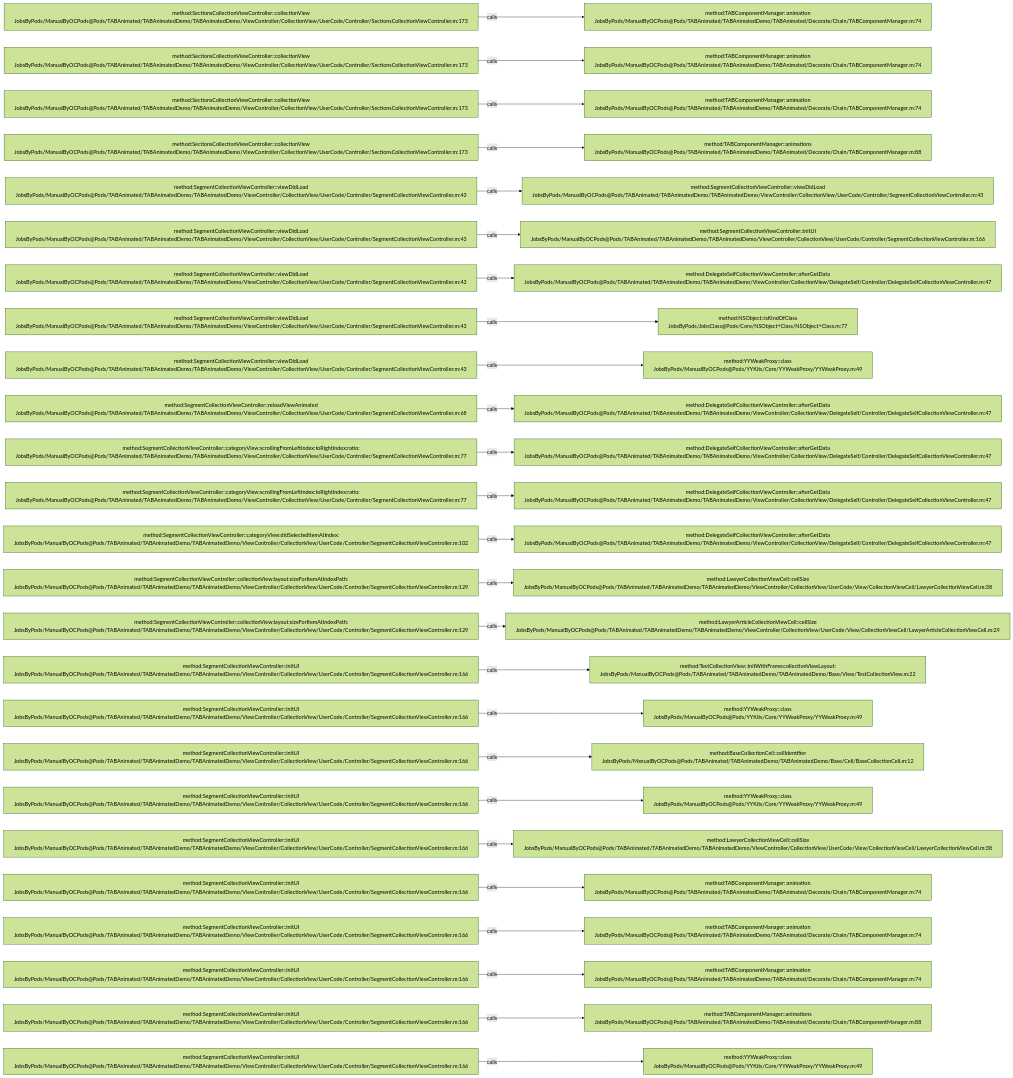
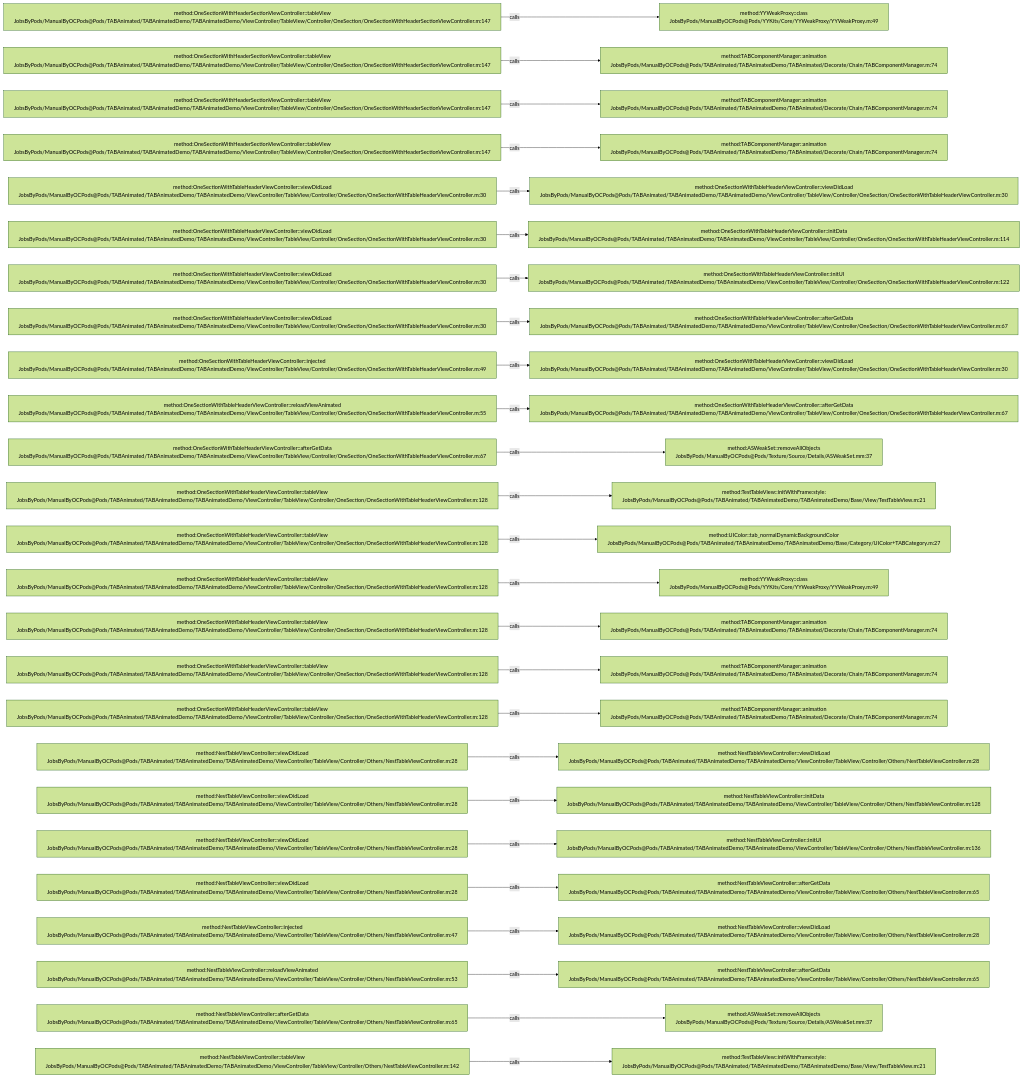
Before and after one commit to JobsKits/JobsOCBaseConfigDemo: the diagram in .codegraph/codegraph.md/graphs/calls-059.md, drawn with Mermaid (forest theme). The commit also changed 1223 other files, not shown here.

````diff
--- a/.codegraph/codegraph.md/graphs/calls-059.md
+++ b/.codegraph/codegraph.md/graphs/calls-059.md
@@ -13,78 +13,78 @@
 ```mermaid
 flowchart LR
-  S1["method:SectionsCollectionViewController::collectionView<br/>JobsByPods/ManualByOCPods@Pods/TABAnimated/TABAnimatedDemo/TABAnimatedDemo/ViewController/CollectionView/UserCode/Controller/SectionsCollectionViewController.m:173"]
-  T1["method:TABComponentManager::animation<br/>JobsByPods/ManualByOCPods@Pods/TABAnimated/TABAnimatedDemo/TABAnimated/Decorate/Chain/TABComponentManager.m:74"]
+  S1["method:OneSectionWithHeaderSectionViewController::tableView<br/>JobsByPods/ManualByOCPods@Pods/TABAnimated/TABAnimatedDemo/TABAnimatedDemo/ViewController/TableView/Controller/OneSection/OneSectionWithHeaderSectionViewController.m:147"]
+  T1["method:YYWeakProxy::class<br/>JobsByPods/ManualByOCPods@Pods/YYKits/Core/YYWeakProxy/YYWeakProxy.m:49"]
   S1 -->|calls| T1
-  S2["method:SectionsCollectionViewController::collectionView<br/>JobsByPods/ManualByOCPods@Pods/TABAnimated/TABAnimatedDemo/TABAnimatedDemo/ViewController/CollectionView/UserCode/Controller/SectionsCollectionViewController.m:173"]
+  S2["method:OneSectionWithHeaderSectionViewController::tableView<br/>JobsByPods/ManualByOCPods@Pods/TABAnimated/TABAnimatedDemo/TABAnimatedDemo/ViewController/TableView/Controller/OneSection/OneSectionWithHeaderSectionViewController.m:147"]
   T2["method:TABComponentManager::animation<br/>JobsByPods/ManualByOCPods@Pods/TABAnimated/TABAnimatedDemo/TABAnimated/Decorate/Chain/TABComponentManager.m:74"]
   S2 -->|calls| T2
-  S3["method:SectionsCollectionViewController::collectionView<br/>JobsByPods/ManualByOCPods@Pods/TABAnimated/TABAnimatedDemo/TABAnimatedDemo/ViewController/CollectionView/UserCode/Controller/SectionsCollectionViewController.m:173"]
+  S3["method:OneSectionWithHeaderSectionViewController::tableView<br/>JobsByPods/ManualByOCPods@Pods/TABAnimated/TABAnimatedDemo/TABAnimatedDemo/ViewController/TableView/Controller/OneSection/OneSectionWithHeaderSectionViewController.m:147"]
   T3["method:TABComponentManager::animation<br/>JobsByPods/ManualByOCPods@Pods/TABAnimated/TABAnimatedDemo/TABAnimated/Decorate/Chain/TABComponentManager.m:74"]
   S3 -->|calls| T3
-  S4["method:SectionsCollectionViewController::collectionView<br/>JobsByPods/ManualByOCPods@Pods/TABAnimated/TABAnimatedDemo/TABAnimatedDemo/ViewController/CollectionView/UserCode/Controller/SectionsCollectionViewController.m:173"]
-  T4["method:TABComponentManager::animations<br/>JobsByPods/ManualByOCPods@Pods/TABAnimated/TABAnimatedDemo/TABAnimated/Decorate/Chain/TABComponentManager.m:88"]
+  S4["method:OneSectionWithHeaderSectionViewController::tableView<br/>JobsByPods/ManualByOCPods@Pods/TABAnimated/TABAnimatedDemo/TABAnimatedDemo/ViewController/TableView/Controller/OneSection/OneSectionWithHeaderSectionViewController.m:147"]
+  T4["method:TABComponentManager::animation<br/>JobsByPods/ManualByOCPods@Pods/TABAnimated/TABAnimatedDemo/TABAnimated/Decorate/Chain/TABComponentManager.m:74"]
   S4 -->|calls| T4
-  S5["method:SegmentCollectionViewController::viewDidLoad<br/>JobsByPods/ManualByOCPods@Pods/TABAnimated/TABAnimatedDemo/TABAnimatedDemo/ViewController/CollectionView/UserCode/Controller/SegmentCollectionViewController.m:43"]
-  T5["method:SegmentCollectionViewController::viewDidLoad<br/>JobsByPods/ManualByOCPods@Pods/TABAnimated/TABAnimatedDemo/TABAnimatedDemo/ViewController/CollectionView/UserCode/Controller/SegmentCollectionViewController.m:43"]
+  S5["method:OneSectionWithTableHeaderViewController::viewDidLoad<br/>JobsByPods/ManualByOCPods@Pods/TABAnimated/TABAnimatedDemo/TABAnimatedDemo/ViewController/TableView/Controller/OneSection/OneSectionWithTableHeaderViewController.m:30"]
+  T5["method:OneSectionWithTableHeaderViewController::viewDidLoad<br/>JobsByPods/ManualByOCPods@Pods/TABAnimated/TABAnimatedDemo/TABAnimatedDemo/ViewController/TableView/Controller/OneSection/OneSectionWithTableHeaderViewController.m:30"]
   S5 -->|calls| T5
-  S6["method:SegmentCollectionViewController::viewDidLoad<br/>JobsByPods/ManualByOCPods@Pods/TABAnimated/TABAnimatedDemo/TABAnimatedDemo/ViewController/CollectionView/UserCode/Controller/SegmentCollectionViewController.m:43"]
-  T6["method:SegmentCollectionViewController::initUI<br/>JobsByPods/ManualByOCPods@Pods/TABAnimated/TABAnimatedDemo/TABAnimatedDemo/ViewController/CollectionView/UserCode/Controller/SegmentCollectionViewController.m:166"]
+  S6["method:OneSectionWithTableHeaderViewController::viewDidLoad<br/>JobsByPods/ManualByOCPods@Pods/TABAnimated/TABAnimatedDemo/TABAnimatedDemo/ViewController/TableView/Controller/OneSection/OneSectionWithTableHeaderViewController.m:30"]
+  T6["method:OneSectionWithTableHeaderViewController::initData<br/>JobsByPods/ManualByOCPods@Pods/TABAnimated/TABAnimatedDemo/TABAnimatedDemo/ViewController/TableView/Controller/OneSection/OneSectionWithTableHeaderViewController.m:114"]
   S6 -->|calls| T6
-  S7["method:SegmentCollectionViewController::viewDidLoad<br/>JobsByPods/ManualByOCPods@Pods/TABAnimated/TABAnimatedDemo/TABAnimatedDemo/ViewController/CollectionView/UserCode/Controller/SegmentCollectionViewController.m:43"]
-  T7["method:DelegateSelfCollectionViewController::afterGetData<br/>JobsByPods/ManualByOCPods@Pods/TABAnimated/TABAnimatedDemo/TABAnimatedDemo/ViewController/CollectionView/DelegateSelf/Controller/DelegateSelfCollectionViewController.m:47"]
+  S7["method:OneSectionWithTableHeaderViewController::viewDidLoad<br/>JobsByPods/ManualByOCPods@Pods/TABAnimated/TABAnimatedDemo/TABAnimatedDemo/ViewController/TableView/Controller/OneSection/OneSectionWithTableHeaderViewController.m:30"]
+  T7["method:OneSectionWithTableHeaderViewController::initUI<br/>JobsByPods/ManualByOCPods@Pods/TABAnimated/TABAnimatedDemo/TABAnimatedDemo/ViewController/TableView/Controller/OneSection/OneSectionWithTableHeaderViewController.m:122"]
   S7 -->|calls| T7
-  S8["method:SegmentCollectionViewController::viewDidLoad<br/>JobsByPods/ManualByOCPods@Pods/TABAnimated/TABAnimatedDemo/TABAnimatedDemo/ViewController/CollectionView/UserCode/Controller/SegmentCollectionViewController.m:43"]
-  T8["method:NSObject::isKindOfClass<br/>JobsByPods/JobsClass@Pods/Core/NSObject+Class/NSObject+Class.m:77"]
+  S8["method:OneSectionWithTableHeaderViewController::viewDidLoad<br/>JobsByPods/ManualByOCPods@Pods/TABAnimated/TABAnimatedDemo/TABAnimatedDemo/ViewController/TableView/Controller/OneSection/OneSectionWithTableHeaderViewController.m:30"]
+  T8["method:OneSectionWithTableHeaderViewController::afterGetData<br/>JobsByPods/ManualByOCPods@Pods/TABAnimated/TABAnimatedDemo/TABAnimatedDemo/ViewController/TableView/Controller/OneSection/OneSectionWithTableHeaderViewController.m:67"]
   S8 -->|calls| T8
-  S9["method:SegmentCollectionViewController::viewDidLoad<br/>JobsByPods/ManualByOCPods@Pods/TABAnimated/TABAnimatedDemo/TABAnimatedDemo/ViewController/CollectionView/UserCode/Controller/SegmentCollectionViewController.m:43"]
-  T9["method:YYWeakProxy::class<br/>JobsByPods/ManualByOCPods@Pods/YYKits/Core/YYWeakProxy/YYWeakProxy.m:49"]
+  S9["method:OneSectionWithTableHeaderViewController::injected<br/>JobsByPods/ManualByOCPods@Pods/TABAnimated/TABAnimatedDemo/TABAnimatedDemo/ViewController/TableView/Controller/OneSection/OneSectionWithTableHeaderViewController.m:49"]
+  T9["method:OneSectionWithTableHeaderViewController::viewDidLoad<br/>JobsByPods/ManualByOCPods@Pods/TABAnimated/TABAnimatedDemo/TABAnimatedDemo/ViewController/TableView/Controller/OneSection/OneSectionWithTableHeaderViewController.m:30"]
   S9 -->|calls| T9
-  S10["method:SegmentCollectionViewController::reloadViewAnimated<br/>JobsByPods/ManualByOCPods@Pods/TABAnimated/TABAnimatedDemo/TABAnimatedDemo/ViewController/CollectionView/UserCode/Controller/SegmentCollectionViewController.m:68"]
-  T10["method:DelegateSelfCollectionViewController::afterGetData<br/>JobsByPods/ManualByOCPods@Pods/TABAnimated/TABAnimatedDemo/TABAnimatedDemo/ViewController/CollectionView/DelegateSelf/Controller/DelegateSelfCollectionViewController.m:47"]
+  S10["method:OneSectionWithTableHeaderViewController::reloadViewAnimated<br/>JobsByPods/ManualByOCPods@Pods/TABAnimated/TABAnimatedDemo/TABAnimatedDemo/ViewController/TableView/Controller/OneSection/OneSectionWithTableHeaderViewController.m:55"]
+  T10["method:OneSectionWithTableHeaderViewController::afterGetData<br/>JobsByPods/ManualByOCPods@Pods/TABAnimated/TABAnimatedDemo/TABAnimatedDemo/ViewController/TableView/Controller/OneSection/OneSectionWithTableHeaderViewController.m:67"]
   S10 -->|calls| T10
-  S11["method:SegmentCollectionViewController::categoryView:scrollingFromLeftIndex:toRightIndex:ratio:<br/>JobsByPods/ManualByOCPods@Pods/TABAnimated/TABAnimatedDemo/TABAnimatedDemo/ViewController/CollectionView/UserCode/Controller/SegmentCollectionViewController.m:77"]
-  T11["method:DelegateSelfCollectionViewController::afterGetData<br/>JobsByPods/ManualByOCPods@Pods/TABAnimated/TABAnimatedDemo/TABAnimatedDemo/ViewController/CollectionView/DelegateSelf/Controller/DelegateSelfCollectionViewController.m:47"]
+  S11["method:OneSectionWithTableHeaderViewController::afterGetData<br/>JobsByPods/ManualByOCPods@Pods/TABAnimated/TABAnimatedDemo/TABAnimatedDemo/ViewController/TableView/Controller/OneSection/OneSectionWithTableHeaderViewController.m:67"]
+  T11["method:ASWeakSet::removeAllObjects<br/>JobsByPods/ManualByOCPods@Pods/Texture/Source/Details/ASWeakSet.mm:37"]
   S11 -->|calls| T11
-  S12["method:SegmentCollectionViewController::categoryView:scrollingFromLeftIndex:toRightIndex:ratio:<br/>JobsByPods/ManualByOCPods@Pods/TABAnimated/TABAnimatedDemo/TABAnimatedDemo/ViewController/CollectionView/UserCode/Controller/SegmentCollectionViewController.m:77"]
-  T12["method:DelegateSelfCollectionViewController::afterGetData<br/>JobsByPods/ManualByOCPods@Pods/TABAnimated/TABAnimatedDemo/TABAnimatedDemo/ViewController/CollectionView/DelegateSelf/Controller/DelegateSelfCollectionViewController.m:47"]
+  S12["method:OneSectionWithTableHeaderViewController::tableView<br/>JobsByPods/ManualByOCPods@Pods/TABAnimated/TABAnimatedDemo/TABAnimatedDemo/ViewController/TableView/Controller/OneSection/OneSectionWithTableHeaderViewController.m:128"]
+  T12["method:TestTableView::initWithFrame:style:<br/>JobsByPods/ManualByOCPods@Pods/TABAnimated/TABAnimatedDemo/TABAnimatedDemo/Base/View/TestTableView.m:21"]
   S12 -->|calls| T12
-  S13["method:SegmentCollectionViewController::categoryView:didSelectedItemAtIndex:<br/>JobsByPods/ManualByOCPods@Pods/TABAnimated/TABAnimatedDemo/TABAnimatedDemo/ViewController/CollectionView/UserCode/Controller/SegmentCollectionViewController.m:102"]
-  T13["method:DelegateSelfCollectionViewController::afterGetData<br/>JobsByPods/ManualByOCPods@Pods/TABAnimated/TABAnimatedDemo/TABAnimatedDemo/ViewController/CollectionView/DelegateSelf/Controller/DelegateSelfCollectionViewController.m:47"]
+  S13["method:OneSectionWithTableHeaderViewController::tableView<br/>JobsByPods/ManualByOCPods@Pods/TABAnimated/TABAnimatedDemo/TABAnimatedDemo/ViewController/TableView/Controller/OneSection/OneSectionWithTableHeaderViewController.m:128"]
+  T13["method:UIColor::tab_normalDynamicBackgroundColor<br/>JobsByPods/ManualByOCPods@Pods/TABAnimated/TABAnimatedDemo/TABAnimatedDemo/Base/Category/UIColor+TABCategory.m:27"]
   S13 -->|calls| T13
-  S14["method:SegmentCollectionViewController::collectionView:layout:sizeForItemAtIndexPath:<br/>JobsByPods/ManualByOCPods@Pods/TABAnimated/TABAnimatedDemo/TABAnimatedDemo/ViewController/CollectionView/UserCode/Controller/SegmentCollectionViewController.m:129"]
-  T14["method:LawyerCollectionViewCell::cellSize<br/>JobsByPods/ManualByOCPods@Pods/TABAnimated/TABAnimatedDemo/TABAnimatedDemo/ViewController/CollectionView/UserCode/View/CollectionViewCell/LawyerCollectionViewCell.m:38"]
+  S14["method:OneSectionWithTableHeaderViewController::tableView<br/>JobsByPods/ManualByOCPods@Pods/TABAnimated/TABAnimatedDemo/TABAnimatedDemo/ViewController/TableView/Controller/OneSection/OneSectionWithTableHeaderViewController.m:128"]
+  T14["method:YYWeakProxy::class<br/>JobsByPods/ManualByOCPods@Pods/YYKits/Core/YYWeakProxy/YYWeakProxy.m:49"]
   S14 -->|calls| T14
-  S15["method:SegmentCollectionViewController::collectionView:layout:sizeForItemAtIndexPath:<br/>JobsByPods/ManualByOCPods@Pods/TABAnimated/TABAnimatedDemo/TABAnimatedDemo/ViewController/CollectionView/UserCode/Controller/SegmentCollectionViewController.m:129"]
-  T15["method:LawyerArticleCollectionViewCell::cellSize<br/>JobsByPods/ManualByOCPods@Pods/TABAnimated/TABAnimatedDemo/TABAnimatedDemo/ViewController/CollectionView/UserCode/View/CollectionViewCell/LawyerArticleCollectionViewCell.m:29"]
+  S15["method:OneSectionWithTableHeaderViewController::tableView<br/>JobsByPods/ManualByOCPods@Pods/TABAnimated/TABAnimatedDemo/TABAnimatedDemo/ViewController/TableView/Controller/OneSection/OneSectionWithTableHeaderViewController.m:128"]
+  T15["method:TABComponentManager::animation<br/>JobsByPods/ManualByOCPods@Pods/TABAnimated/TABAnimatedDemo/TABAnimated/Decorate/Chain/TABComponentManager.m:74"]
   S15 -->|calls| T15
-  S16["method:SegmentCollectionViewController::initUI<br/>JobsByPods/ManualByOCPods@Pods/TABAnimated/TABAnimatedDemo/TABAnimatedDemo/ViewController/CollectionView/UserCode/Controller/SegmentCollectionViewController.m:166"]
-  T16["method:TestCollectionView::initWithFrame:collectionViewLayout:<br/>JobsByPods/ManualByOCPods@Pods/TABAnimated/TABAnimatedDemo/TABAnimatedDemo/Base/View/TestCollectionView.m:22"]
+  S16["method:OneSectionWithTableHeaderViewController::tableView<br/>JobsByPods/ManualByOCPods@Pods/TABAnimated/TABAnimatedDemo/TABAnimatedDemo/ViewController/TableView/Controller/OneSection/OneSectionWithTableHeaderViewController.m:128"]
+  T16["method:TABComponentManager::animation<br/>JobsByPods/ManualByOCPods@Pods/TABAnimated/TABAnimatedDemo/TABAnimated/Decorate/Chain/TABComponentManager.m:74"]
   S16 -->|calls| T16
-  S17["method:SegmentCollectionViewController::initUI<br/>JobsByPods/ManualByOCPods@Pods/TABAnimated/TABAnimatedDemo/TABAnimatedDemo/ViewController/CollectionView/UserCode/Controller/SegmentCollectionViewController.m:166"]
-  T17["method:YYWeakProxy::class<br/>JobsByPods/ManualByOCPods@Pods/YYKits/Core/YYWeakProxy/YYWeakProxy.m:49"]
+  S17["method:OneSectionWithTableHeaderViewController::tableView<br/>JobsByPods/ManualByOCPods@Pods/TABAnimated/TABAnimatedDemo/TABAnimatedDemo/ViewController/TableView/Controller/OneSection/OneSectionWithTableHeaderViewController.m:128"]
+  T17["method:TABComponentManager::animation<br/>JobsByPods/ManualByOCPods@Pods/TABAnimated/TABAnimatedDemo/TABAnimated/Decorate/Chain/TABComponentManager.m:74"]
   S17 -->|calls| T17
-  S18["method:SegmentCollectionViewController::initUI<br/>JobsByPods/ManualByOCPods@Pods/TABAnimated/TABAnimatedDemo/TABAnimatedDemo/ViewController/CollectionView/UserCode/Controller/SegmentCollectionViewController.m:166"]
-  T18["method:BaseCollectionCell::cellIdentifier<br/>JobsByPods/ManualByOCPods@Pods/TABAnimated/TABAnimatedDemo/TABAnimatedDemo/Base/Cell/BaseCollectionCell.m:12"]
+  S18["method:NestTableViewController::viewDidLoad<br/>JobsByPods/ManualByOCPods@Pods/TABAnimated/TABAnimatedDemo/TABAnimatedDemo/ViewController/TableView/Controller/Others/NestTableViewController.m:28"]
+  T18["method:NestTableViewController::viewDidLoad<br/>JobsByPods/ManualByOCPods@Pods/TABAnimated/TABAnimatedDemo/TABAnimatedDemo/ViewController/TableView/Controller/Others/NestTableViewController.m:28"]
   S18 -->|calls| T18
-  S19["method:SegmentCollectionViewController::initUI<br/>JobsByPods/ManualByOCPods@Pods/TABAnimated/TABAnimatedDemo/TABAnimatedDemo/ViewController/CollectionView/UserCode/Controller/SegmentCollectionViewController.m:166"]
-  T19["method:YYWeakProxy::class<br/>JobsByPods/ManualByOCPods@Pods/YYKits/Core/YYWeakProxy/YYWeakProxy.m:49"]
+  S19["method:NestTableViewController::viewDidLoad<br/>JobsByPods/ManualByOCPods@Pods/TABAnimated/TABAnimatedDemo/TABAnimatedDemo/ViewController/TableView/Controller/Others/NestTableViewController.m:28"]
+  T19["method:NestTableViewController::initData<br/>JobsByPods/ManualByOCPods@Pods/TABAnimated/TABAnimatedDemo/TABAnimatedDemo/ViewController/TableView/Controller/Others/NestTableViewController.m:128"]
   S19 -->|calls| T19
-  S20["method:SegmentCollectionViewController::initUI<br/>JobsByPods/ManualByOCPods@Pods/TABAnimated/TABAnimatedDemo/TABAnimatedDemo/ViewController/CollectionView/UserCode/Controller/SegmentCollectionViewController.m:166"]
-  T20["method:LawyerCollectionViewCell::cellSize<br/>JobsByPods/ManualByOCPods@Pods/TABAnimated/TABAnimatedDemo/TABAnimatedDemo/ViewController/CollectionView/UserCode/View/CollectionViewCell/LawyerCollectionViewCell.m:38"]
+  S20["method:NestTableViewController::viewDidLoad<br/>JobsByPods/ManualByOCPods@Pods/TABAnimated/TABAnimatedDemo/TABAnimatedDemo/ViewController/TableView/Controller/Others/NestTableViewController.m:28"]
+  T20["method:NestTableViewController::initUI<br/>JobsByPods/ManualByOCPods@Pods/TABAnimated/TABAnimatedDemo/TABAnimatedDemo/ViewController/TableView/Controller/Others/NestTableViewController.m:136"]
   S20 -->|calls| T20
-  S21["method:SegmentCollectionViewController::initUI<br/>JobsByPods/ManualByOCPods@Pods/TABAnimated/TABAnimatedDemo/TABAnimatedDemo/ViewController/CollectionView/UserCode/Controller/SegmentCollectionViewController.m:166"]
-  T21["method:TABComponentManager::animation<br/>JobsByPods/ManualByOCPods@Pods/TABAnimated/TABAnimatedDemo/TABAnimated/Decorate/Chain/TABComponentManager.m:74"]
+  S21["method:NestTableViewController::viewDidLoad<br/>JobsByPods/ManualByOCPods@Pods/TABAnimated/TABAnimatedDemo/TABAnimatedDemo/ViewController/TableView/Controller/Others/NestTableViewController.m:28"]
+  T21["method:NestTableViewController::afterGetData<br/>JobsByPods/ManualByOCPods@Pods/TABAnimated/TABAnimatedDemo/TABAnimatedDemo/ViewController/TableView/Controller/Others/NestTableViewController.m:65"]
   S21 -->|calls| T21
-  S22["method:SegmentCollectionViewController::initUI<br/>JobsByPods/ManualByOCPods@Pods/TABAnimated/TABAnimatedDemo/TABAnimatedDemo/ViewController/CollectionView/UserCode/Controller/SegmentCollectionViewController.m:166"]
-  T22["method:TABComponentManager::animation<br/>JobsByPods/ManualByOCPods@Pods/TABAnimated/TABAnimatedDemo/TABAnimated/Decorate/Chain/TABComponentManager.m:74"]
+  S22["method:NestTableViewController::injected<br/>JobsByPods/ManualByOCPods@Pods/TABAnimated/TABAnimatedDemo/TABAnimatedDemo/ViewController/TableView/Controller/Others/NestTableViewController.m:47"]
+  T22["method:NestTableViewController::viewDidLoad<br/>JobsByPods/ManualByOCPods@Pods/TABAnimated/TABAnimatedDemo/TABAnimatedDemo/ViewController/TableView/Controller/Others/NestTableViewController.m:28"]
   S22 -->|calls| T22
-  S23["method:SegmentCollectionViewController::initUI<br/>JobsByPods/ManualByOCPods@Pods/TABAnimated/TABAnimatedDemo/TABAnimatedDemo/ViewController/CollectionView/UserCode/Controller/SegmentCollectionViewController.m:166"]
-  T23["method:TABComponentManager::animation<br/>JobsByPods/ManualByOCPods@Pods/TABAnimated/TABAnimatedDemo/TABAnimated/Decorate/Chain/TABComponentManager.m:74"]
+  S23["method:NestTableViewController::reloadViewAnimated<br/>JobsByPods/ManualByOCPods@Pods/TABAnimated/TABAnimatedDemo/TABAnimatedDemo/ViewController/TableView/Controller/Others/NestTableViewController.m:53"]
+  T23["method:NestTableViewController::afterGetData<br/>JobsByPods/ManualByOCPods@Pods/TABAnimated/TABAnimatedDemo/TABAnimatedDemo/ViewController/TableView/Controller/Others/NestTableViewController.m:65"]
   S23 -->|calls| T23
-  S24["method:SegmentCollectionViewController::initUI<br/>JobsByPods/ManualByOCPods@Pods/TABAnimated/TABAnimatedDemo/TABAnimatedDemo/ViewController/CollectionView/UserCode/Controller/SegmentCollectionViewController.m:166"]
-  T24["method:TABComponentManager::animations<br/>JobsByPods/ManualByOCPods@Pods/TABAnimated/TABAnimatedDemo/TABAnimated/Decorate/Chain/TABComponentManager.m:88"]
+  S24["method:NestTableViewController::afterGetData<br/>JobsByPods/ManualByOCPods@Pods/TABAnimated/TABAnimatedDemo/TABAnimatedDemo/ViewController/TableView/Controller/Others/NestTableViewController.m:65"]
+  T24["method:ASWeakSet::removeAllObjects<br/>JobsByPods/ManualByOCPods@Pods/Texture/Source/Details/ASWeakSet.mm:37"]
   S24 -->|calls| T24
-  S25["method:SegmentCollectionViewController::initUI<br/>JobsByPods/ManualByOCPods@Pods/TABAnimated/TABAnimatedDemo/TABAnimatedDemo/ViewController/CollectionView/UserCode/Controller/SegmentCollectionViewController.m:166"]
-  T25["method:YYWeakProxy::class<br/>JobsByPods/ManualByOCPods@Pods/YYKits/Core/YYWeakProxy/YYWeakProxy.m:49"]
+  S25["method:NestTableViewController::tableView<br/>JobsByPods/ManualByOCPods@Pods/TABAnimated/TABAnimatedDemo/TABAnimatedDemo/ViewController/TableView/Controller/Others/NestTableViewController.m:142"]
+  T25["method:TestTableView::initWithFrame:style:<br/>JobsByPods/ManualByOCPods@Pods/TABAnimated/TABAnimatedDemo/TABAnimatedDemo/Base/View/TestTableView.m:21"]
   S25 -->|calls| T25
 ```
````
